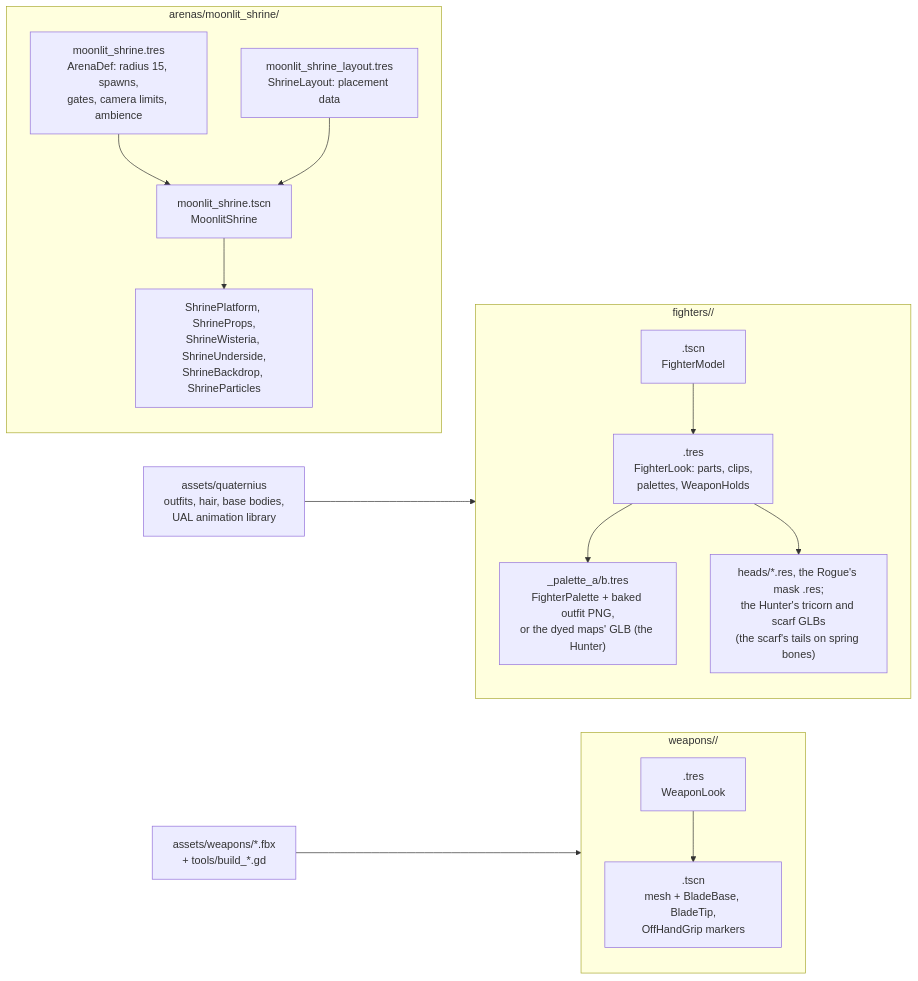
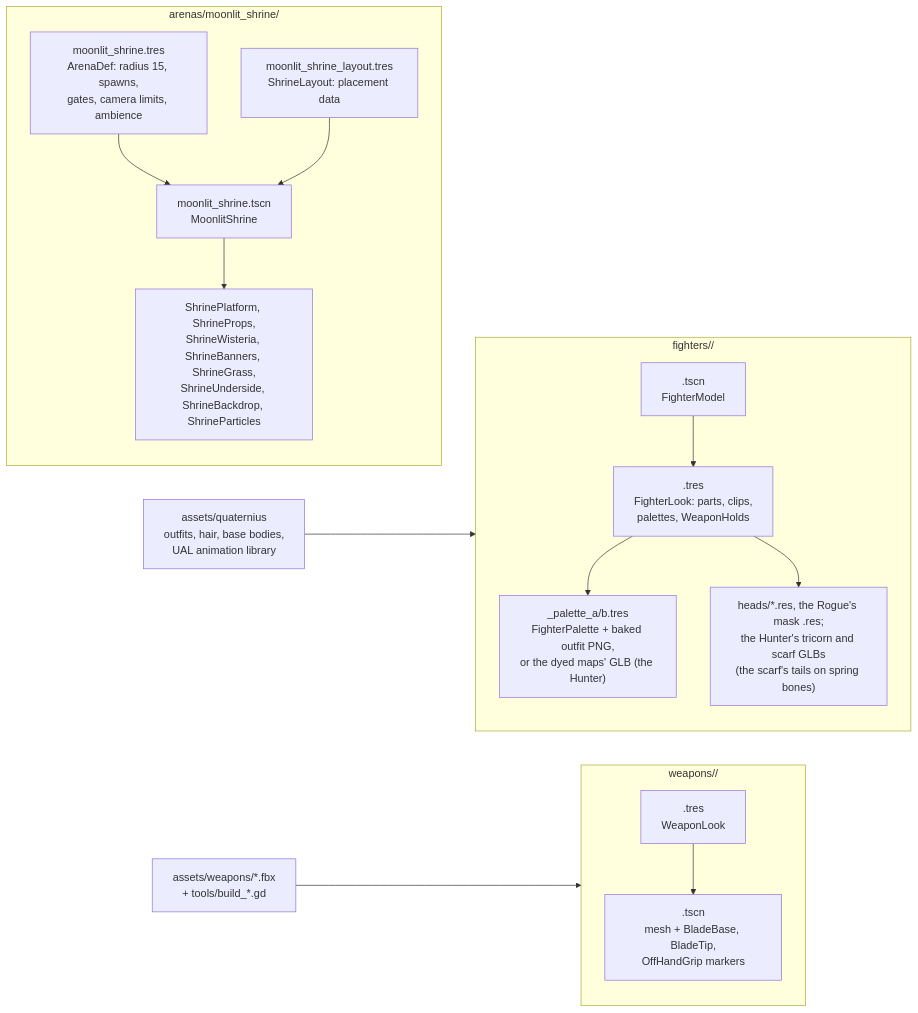
One commit to Arod231/monomachia changed diagram 14 of 22 in docs/architecture.md. Above: the diagram before and after it, drawn with Mermaid. The commit also changed other lines of this file and 23 other files, not shown here.

First line of the commit message:
Stand nobori round the Shrine and grow grass in its paving (M1 task 131)

````diff
--- a/docs/architecture.md
+++ b/docs/architecture.md
@@ -762,18 +762,18 @@
 ```mermaid
 flowchart LR
     subgraph FIGHTER["fighters/<id>/"]
         FTSCN["<id>.tscn<br/>FighterModel"] --> FTRES["<id>.tres<br/>FighterLook: parts, clips,<br/>palettes, WeaponHolds"]
         FTRES --> PAL["<id>_palette_a/b.tres<br/>FighterPalette + baked outfit PNG,<br/>or the dyed maps' GLB (the Hunter)"]
         FTRES --> HEAD["heads/*.res, the Rogue's mask .res;<br/>the Hunter's tricorn and scarf GLBs<br/>(the scarf's tails on spring bones)"]
     end
     subgraph WEAPON["weapons/<id>/"]
         WRES["<id>.tres<br/>WeaponLook"] --> WSCN["<id>.tscn<br/>mesh + BladeBase, BladeTip,<br/>OffHandGrip markers"]
     end
     subgraph ARENA["arenas/moonlit_shrine/"]
         ADEF["moonlit_shrine.tres<br/>ArenaDef: radius 15, spawns,<br/>gates, camera limits, ambience"] --> ASCN["moonlit_shrine.tscn<br/>MoonlitShrine"]
-        ASCN --> PARTS["ShrinePlatform, ShrineProps,<br/>ShrineWisteria, ShrineUnderside,<br/>ShrineBackdrop, ShrineParticles"]
+        ASCN --> PARTS["ShrinePlatform, ShrineProps,<br/>ShrineWisteria, ShrineBanners, ShrineGrass,<br/>ShrineUnderside, ShrineBackdrop, ShrineParticles"]
         LAYOUT["moonlit_shrine_layout.tres<br/>ShrineLayout: placement data"] --> ASCN
     end
     ASSETS["assets/quaternius<br/>outfits, hair, base bodies,<br/>UAL animation library"] --> FIGHTER
     SRCW["assets/weapons/*.fbx<br/>+ tools/build_*.gd"] --> WEAPON
 ```
````
